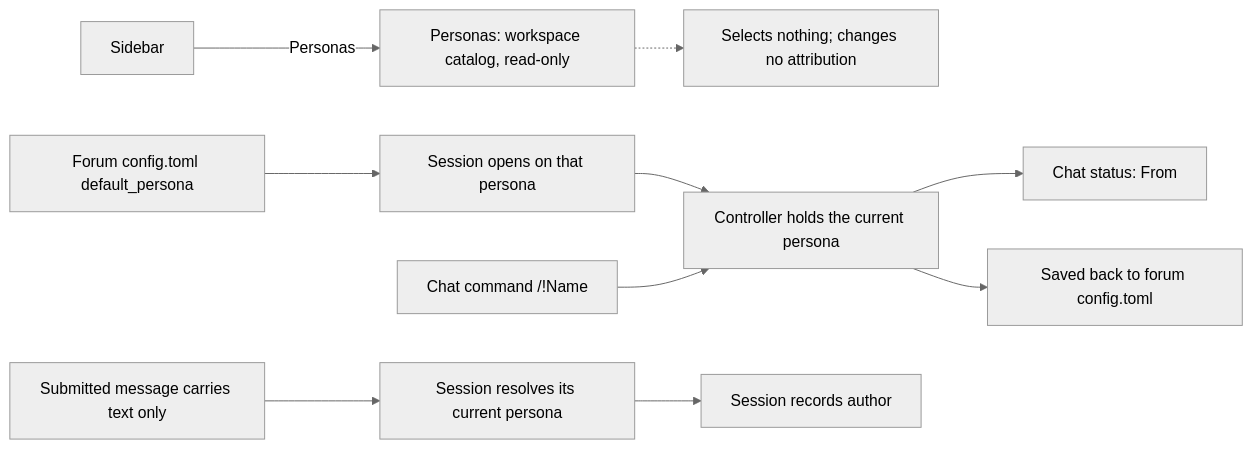
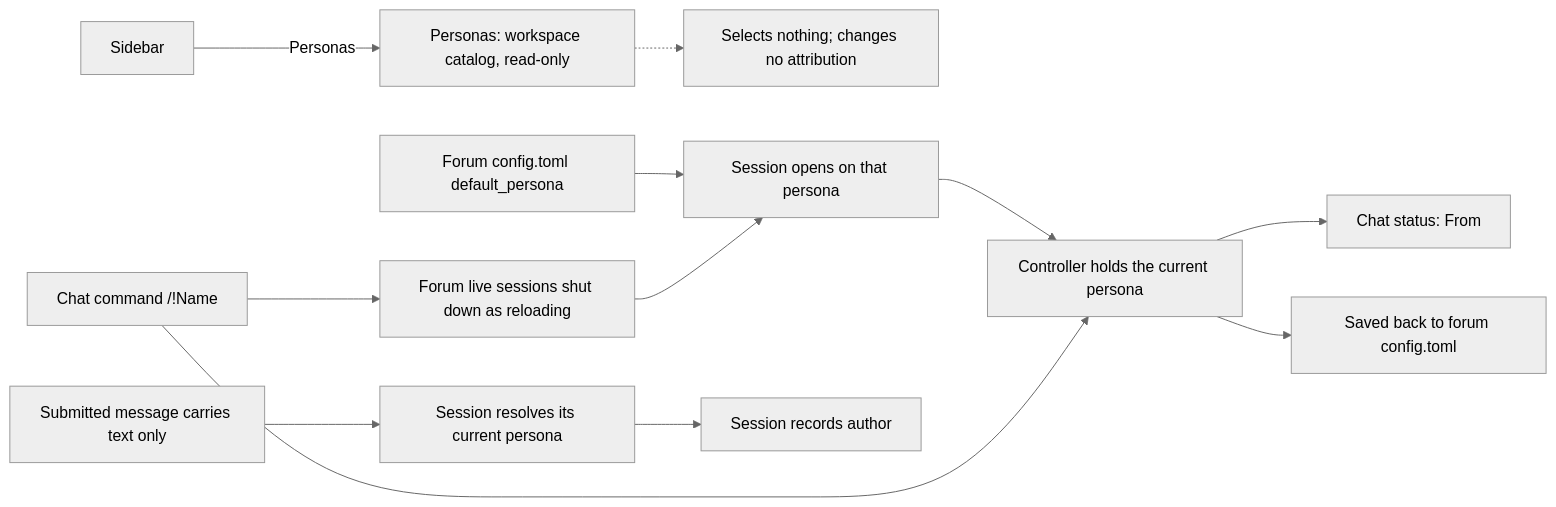
One commit to michaelpopov/cha changed the fifth of 7 diagrams in docs/web-ui/flows.md. Above: the diagram before and after it, drawn with Mermaid (neutral theme). The commit also changed 21 other files, not shown here.

````diff
--- a/docs/web-ui/flows.md
+++ b/docs/web-ui/flows.md
@@ -87,12 +87,14 @@
 ```mermaid
 flowchart LR
     Sidebar["Sidebar"] -->|"Personas"| Personas["Personas: workspace catalog, read-only"]
     Personas -.-> Nothing["Selects nothing; changes no attribution"]
     Config["Forum config.toml default_persona"] --> Open["Session opens on that persona"]
     Open --> Current["Controller holds the current persona"]
     Command["Chat command /!Name"] --> Current
+    Command --> Reload["Forum live sessions shut down as reloading"]
+    Reload --> Open
     Current --> Status["Chat status: From"]
     Current --> Save["Saved back to forum config.toml"]
     Submit["Submitted message carries text only"] --> Resolve["Session resolves its current persona"]
     Resolve --> Session["Session records author"]
 ```
````
